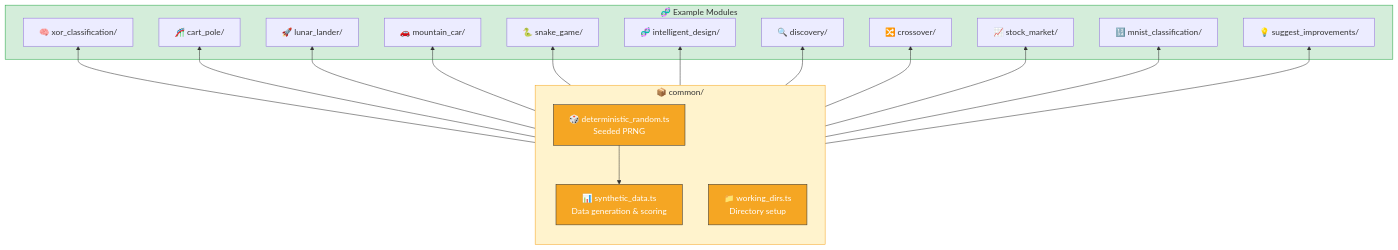
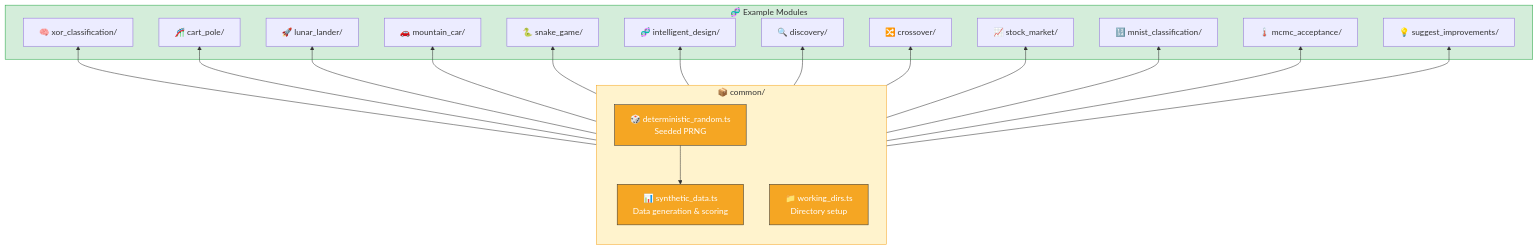
Before and after one commit to stSoftwareAU/NEAT-AI-Examples: the second of 4 diagrams in README.md, drawn with Mermaid. The commit also changed other lines of this file and 9 other files, not shown here.

First line of the commit message:
Add MCMC mutation acceptance demo cooling toward 23.4% target

````diff
--- a/README.md
+++ b/README.md
@@ -158,41 +171,43 @@
 ```mermaid
 flowchart BT
     subgraph common ["📦 common/"]
         RNG["🎲 deterministic_random.ts<br/>Seeded PRNG"]
         DATA["📊 synthetic_data.ts<br/>Data generation & scoring"]
         DIRS["📁 working_dirs.ts<br/>Directory setup"]
     end
 
     subgraph examples ["🧬 Example Modules"]
         XOR["🧠 xor_classification/"]
         CART["🎢 cart_pole/"]
         LUNAR["🚀 lunar_lander/"]
         MCAR["🚗 mountain_car/"]
         SNAKE["🐍 snake_game/"]
         ID["🧬 intelligent_design/"]
         DISC["🔍 discovery/"]
         CROSS["🔀 crossover/"]
         STOCK["📈 stock_market/"]
         MNIST["🔢 mnist_classification/"]
+        MCMC["🌡️ mcmc_acceptance/"]
         SUGGEST["💡 suggest_improvements/"]
     end
 
     RNG --> DATA
     common --> XOR
     common --> CART
     common --> LUNAR
     common --> MCAR
     common --> SNAKE
     common --> ID
     common --> DISC
     common --> CROSS
     common --> STOCK
     common --> MNIST
+    common --> MCMC
     common --> SUGGEST
 
     style common fill:#fff3cd,stroke:#f5a623,color:#333
     style examples fill:#d4edda,stroke:#28a745,color:#333
     style RNG fill:#f5a623,stroke:#333,color:#fff
     style DATA fill:#f5a623,stroke:#333,color:#fff
     style DIRS fill:#f5a623,stroke:#333,color:#fff
 ```
````
